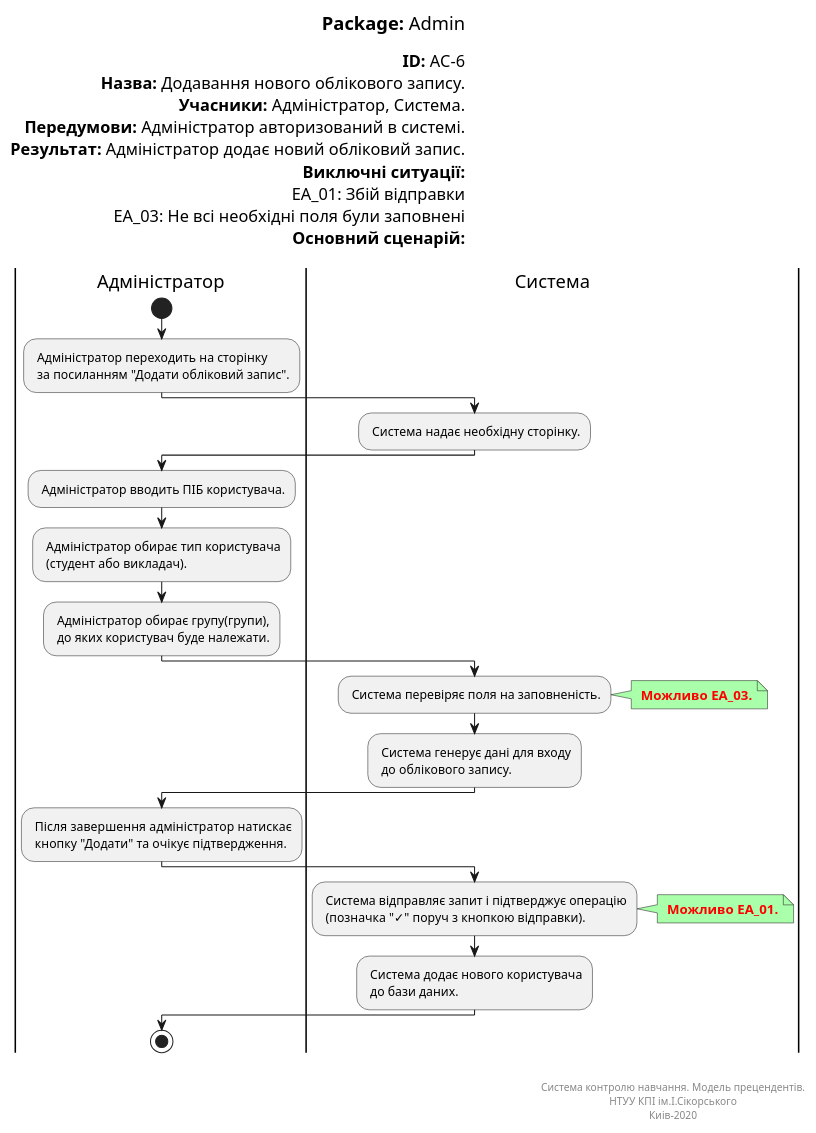
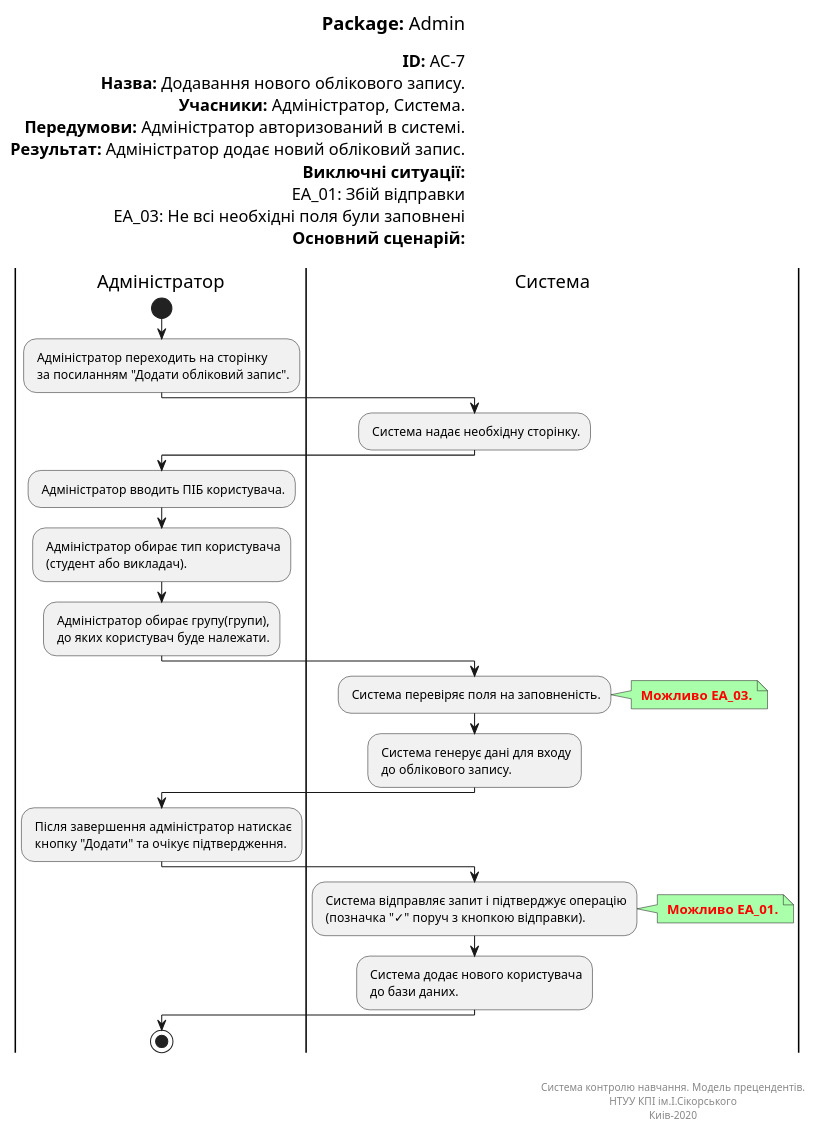
The diagram in docs/UML_Diagrams/scenarios/admin/src/add_user.pu (vladlinu/TeamOne), drawn with PlantUML before and after one commit. The commit also changed 18 other files, not shown here.

```diff
--- a/docs/UML_Diagrams/scenarios/admin/src/add_user.pu
+++ b/docs/UML_Diagrams/scenarios/admin/src/add_user.pu
@@ -1,69 +1,69 @@
 @startuml
 left header
 <font color=000 size=18><b>Package:</b> Admin
 
-<font color=000 size=16><b>ID:</b> AC-6
+<font color=000 size=16><b>ID:</b> AC-7
 <font color=000 size=16><b>Назва:</b> Додавання нового облікового запису.
 <font color=000 size=16><b>Учасники:</b> Адміністратор, Система.
 <font color=000 size=16><b>Передумови:</b> Адміністратор авторизований в системі.
 <font color=000 size=16><b>Результат:</b> Адміністратор додає новий обліковий запис.
 <font color=000 size=16><b>Виключні ситуації:</b>
 <font color=000 size=16> EA_01: Збій відправки
 <font color=000 size=16> EA_03: Не всі необхідні поля були заповнені
 <font color=000 size=16><b>Основний сценарій:</b>
 
 end header
 
 |Адміністратор|
 start
 : Адміністратор переходить на сторінку 
  за посиланням "Додати обліковий запис".;
 
 |Система|
 : Система надає необхідну сторінку.;
 
 |Адміністратор|
 : Адміністратор вводить ПІБ користувача.;
 
 : Адміністратор обирає тип користувача
  (студент або викладач).;
 
 : Адміністратор обирає групу(групи),
  до яких користувач буде належати.;
 
 |Система|
 : Система перевіряє поля на заповненість.;
 
 note right #aaffaa
 <font color=red><b> Можливо EA_03.
 end note
 
 : Система генерує дані для входу
  до облікового запису.;
 
 |Адміністратор|
 : Після завершення  адміністратор натискає
  кнопку "Додати" та очікує підтвердження.;
 
 |Система|
 : Система відправляє запит і підтверджує операцію
  (позначка "✓" поруч з кнопкою відправки).;
 
 note right #aaffaa
 <font color=red><b> Можливо EA_01.
 end note
 
 : Система додає нового користувача
  до бази даних.;
 
 |Адміністратор|
 stop;
 
 right footer
 
 
 Система контролю навчання. Модель прецендентів.
 НТУУ КПІ ім.І.Сікорського
 Киів-2020
 end footer
 @enduml
```
